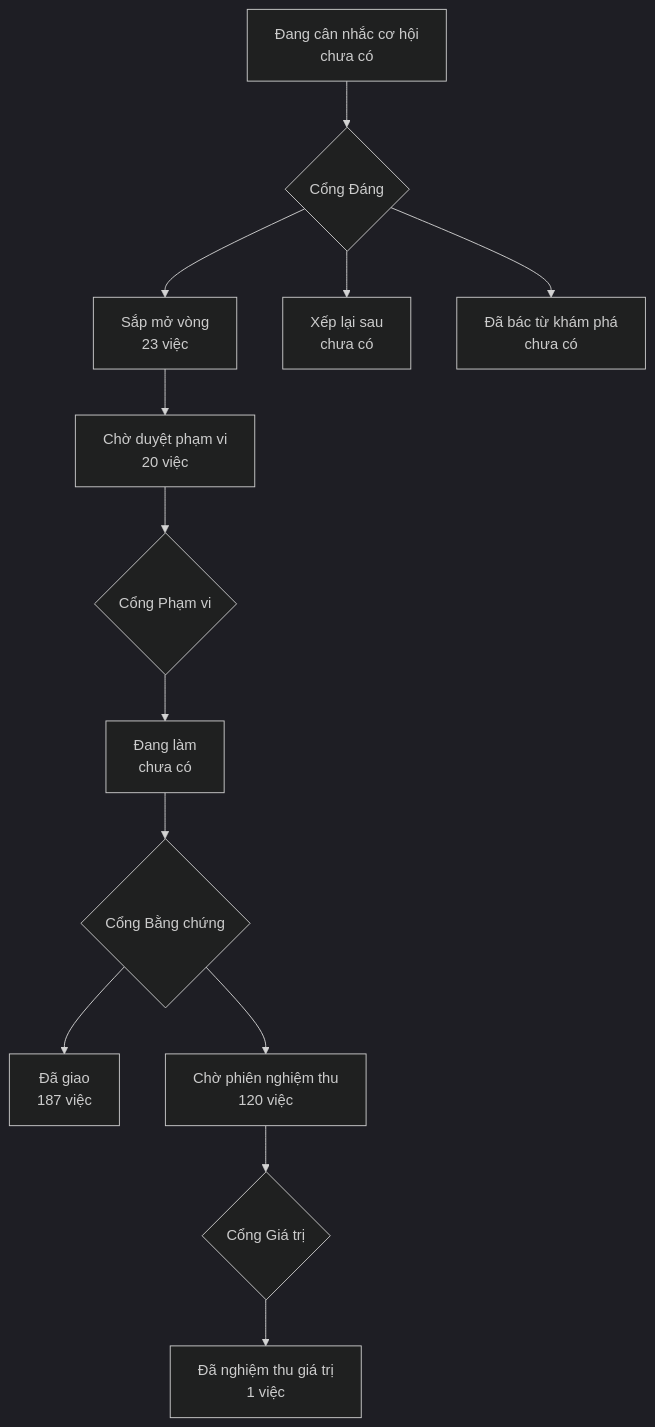
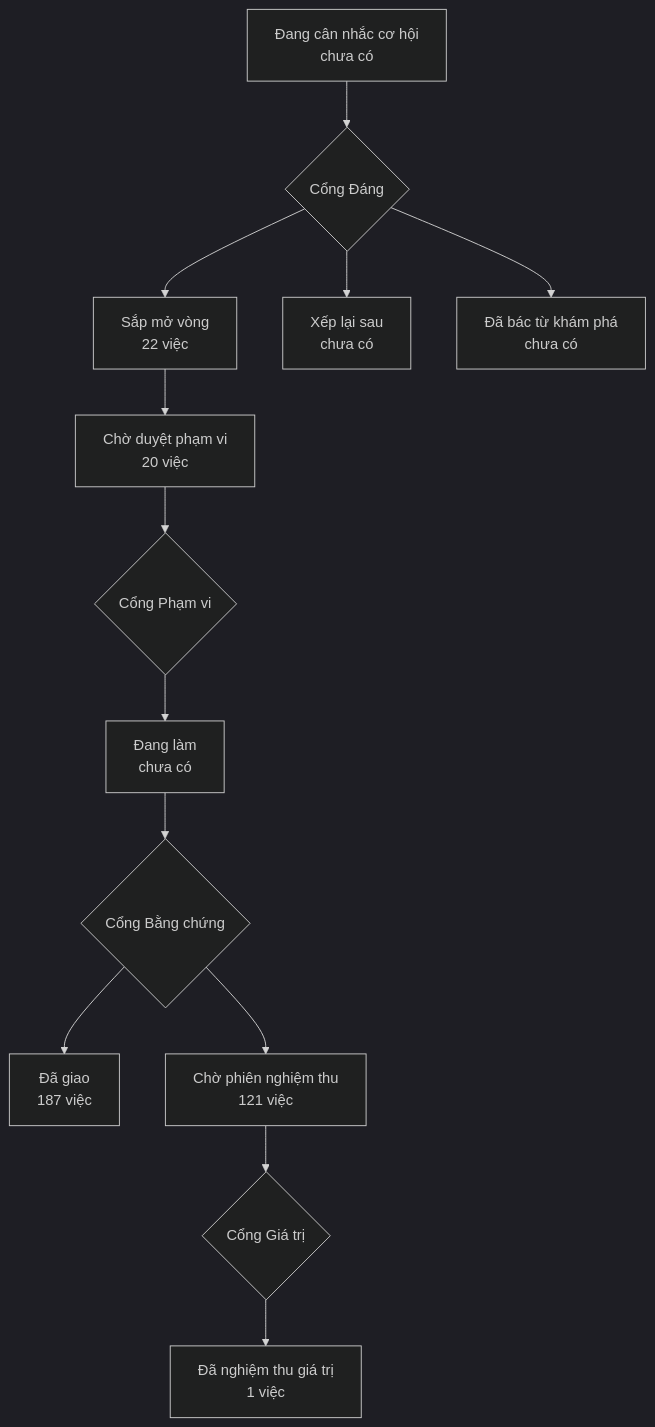
One commit to phanlemanh/onehub-invest changed the diagram in PRODUCT-MAP.md. Above: the diagram before and after it, drawn with Mermaid (dark theme). The commit also changed other lines of this file and 21 other files, not shown here.

````diff
--- a/PRODUCT-MAP.md
+++ b/PRODUCT-MAP.md
@@ -7,12 +7,12 @@
 ```mermaid
 flowchart TD
   A["Đang cân nhắc cơ hội<br/>chưa có"] --> GD{"Cổng Đáng"}
-  GD --> B["Sắp mở vòng<br/>23 việc"]
+  GD --> B["Sắp mở vòng<br/>22 việc"]
   GD --> XL["Xếp lại sau<br/>chưa có"]
   GD --> DB["Đã bác từ khám phá<br/>chưa có"]
   B --> CD["Chờ duyệt phạm vi<br/>20 việc"] --> GP{"Cổng Phạm vi"}
   GP --> DL["Đang làm<br/>chưa có"] --> GB{"Cổng Bằng chứng"}
   GB --> DG["Đã giao<br/>187 việc"]
-  GB --> CN["Chờ phiên nghiệm thu<br/>120 việc"] --> GG{"Cổng Giá trị"}
+  GB --> CN["Chờ phiên nghiệm thu<br/>121 việc"] --> GG{"Cổng Giá trị"}
   GG --> NT["Đã nghiệm thu giá trị<br/>1 việc"]
 ```
````
